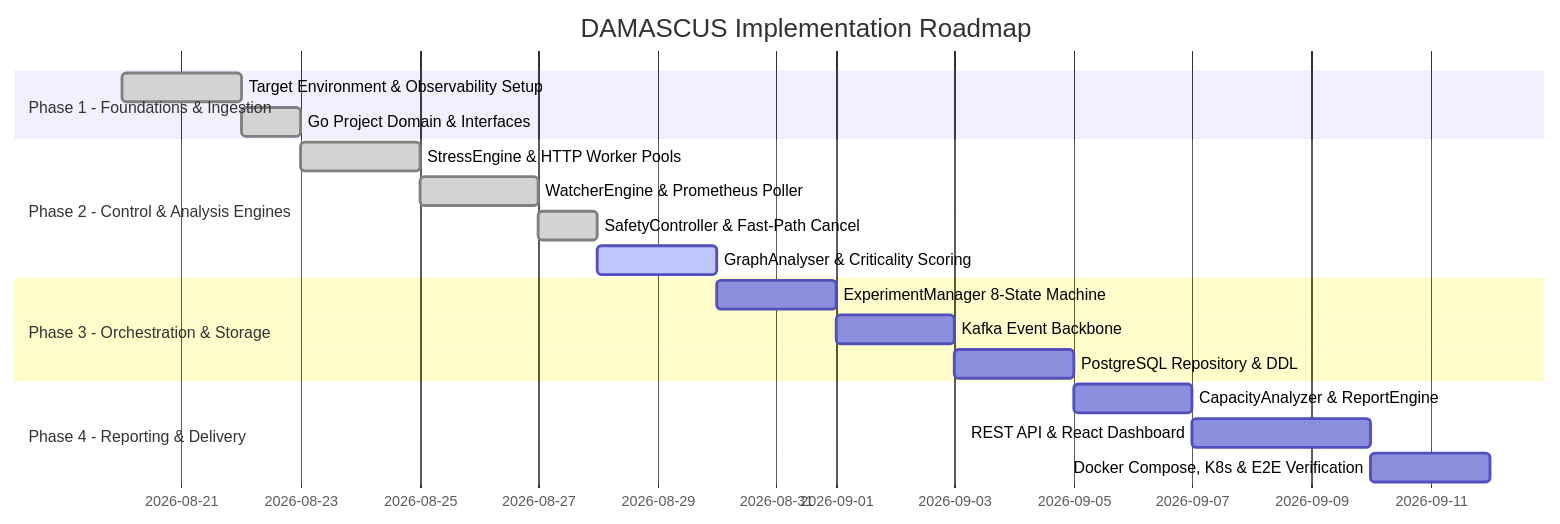
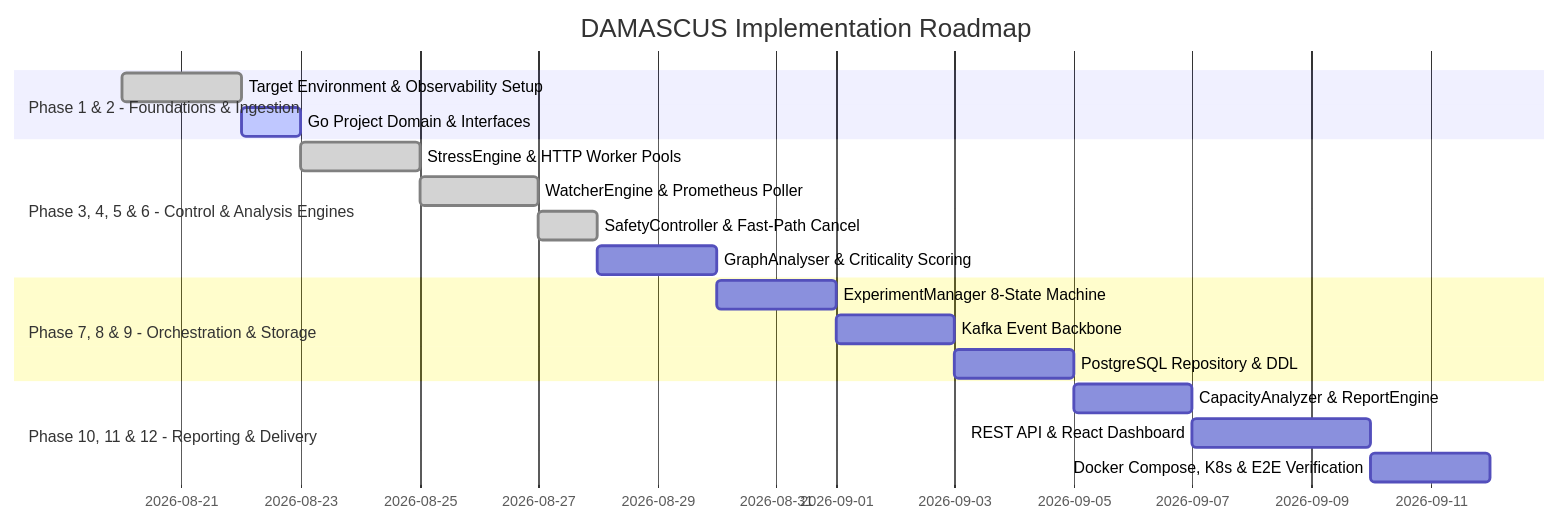
One commit to drumilbhati/damascus changed the diagram in docs/IMPLEMENTATION_PLAN.md. Above: the diagram before and after it, drawn with Mermaid. The commit also changed 10 other files, not shown here.

````diff
--- a/docs/IMPLEMENTATION_PLAN.md
+++ b/docs/IMPLEMENTATION_PLAN.md
@@ -13,21 +13,21 @@
 ```mermaid
 gantt
     title DAMASCUS Implementation Roadmap
     dateFormat  YYYY-MM-DD
-    section Phase 1 - Foundations & Ingestion
+    section Phase 1 & 2 - Foundations & Ingestion
     Target Environment & Observability Setup :done, p1, 2026-08-20, 2d
-    Go Project Domain & Interfaces           :done, p2, after p1, 1d
-    section Phase 2 - Control & Analysis Engines
+    Go Project Domain & Interfaces           :active, p2, after p1, 1d
+    section Phase 3, 4, 5 & 6 - Control & Analysis Engines
     StressEngine & HTTP Worker Pools         :done, p3, after p2, 2d
     WatcherEngine & Prometheus Poller        :done, p4, after p3, 2d
     SafetyController & Fast-Path Cancel      :done, p5, after p4, 1d
-    GraphAnalyser & Criticality Scoring      :active, p6, after p5, 2d
-    section Phase 3 - Orchestration & Storage
+    GraphAnalyser & Criticality Scoring      :p6, after p5, 2d
+    section Phase 7, 8 & 9 - Orchestration & Storage
     ExperimentManager 8-State Machine        :p7, after p6, 2d
     Kafka Event Backbone                     :p8, after p7, 2d
     PostgreSQL Repository & DDL              :p9, after p8, 2d
-    section Phase 4 - Reporting & Delivery
+    section Phase 10, 11 & 12 - Reporting & Delivery
     CapacityAnalyzer & ReportEngine          :p10, after p9, 2d
     REST API & React Dashboard               :p11, after p10, 3d
     Docker Compose, K8s & E2E Verification   :p12, after p11, 2d
 ```
````
